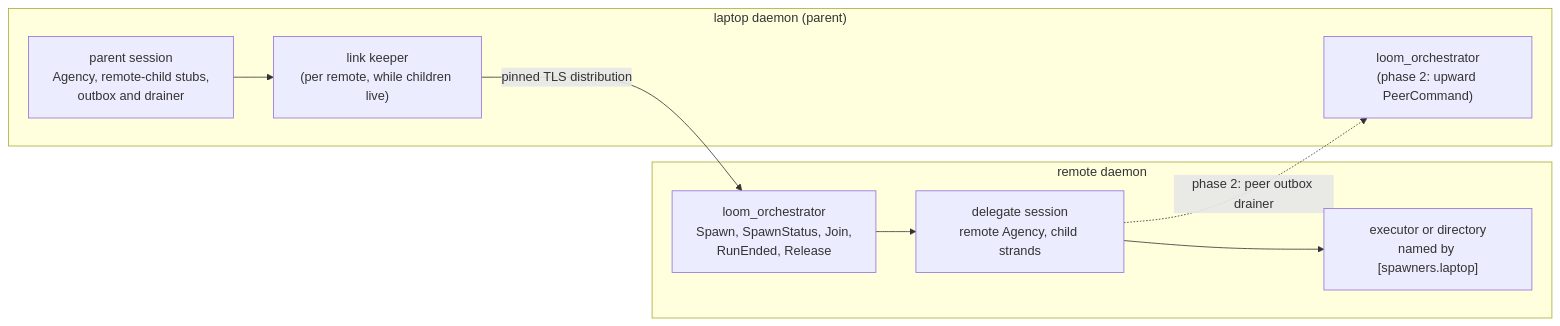
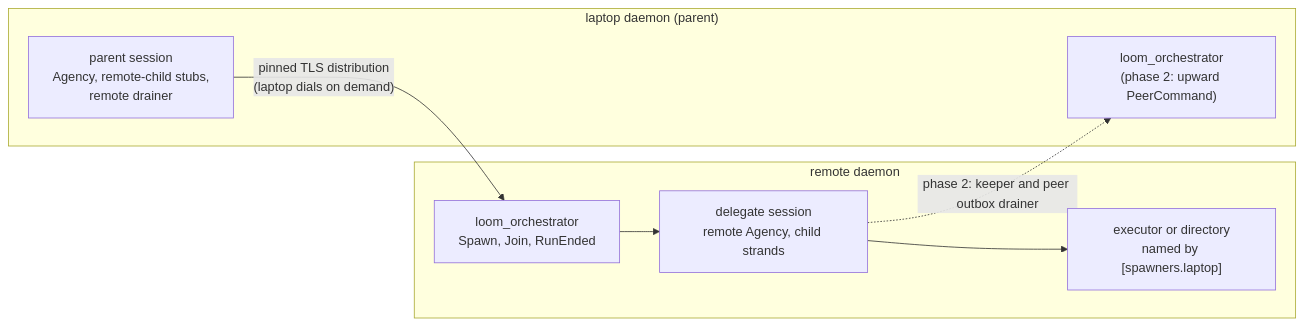
Before and after one commit to Roasbeef/loom: the second of 5 diagrams in docs/design-notes/remote-subagents.md, drawn with Mermaid. The commit also changed other lines of this file, not shown here.

First line of the commit message:
docs: simplify phase 1 of remote subagents

````diff
--- a/docs/design-notes/remote-subagents.md
+++ b/docs/design-notes/remote-subagents.md
@@ -181,18 +201,16 @@
 ```mermaid
 flowchart LR
     subgraph laptop["laptop daemon (parent)"]
-        p["parent session<br/>Agency, remote-child stubs,<br/>outbox and drainer"]
-        k["link keeper<br/>(per remote, while children live)"]
+        p["parent session<br/>Agency, remote-child stubs,<br/>remote drainer"]
         lp["loom_orchestrator<br/>(phase 2: upward PeerCommand)"]
     end
     subgraph remote["remote daemon"]
-        rp["loom_orchestrator<br/>Spawn, SpawnStatus, Join,<br/>RunEnded, Release"]
+        rp["loom_orchestrator<br/>Spawn, Join, RunEnded"]
         d["delegate session<br/>remote Agency, child strands"]
         x["executor or directory<br/>named by [spawners.laptop]"]
     end
-    p --> k
-    k -- "pinned TLS distribution" --> rp
+    p -- "pinned TLS distribution<br/>(laptop dials on demand)" --> rp
     rp --> d
     d --> x
-    d -. "phase 2: peer outbox drainer" .-> lp
+    d -. "phase 2: keeper and peer outbox drainer" .-> lp
 ```
````
